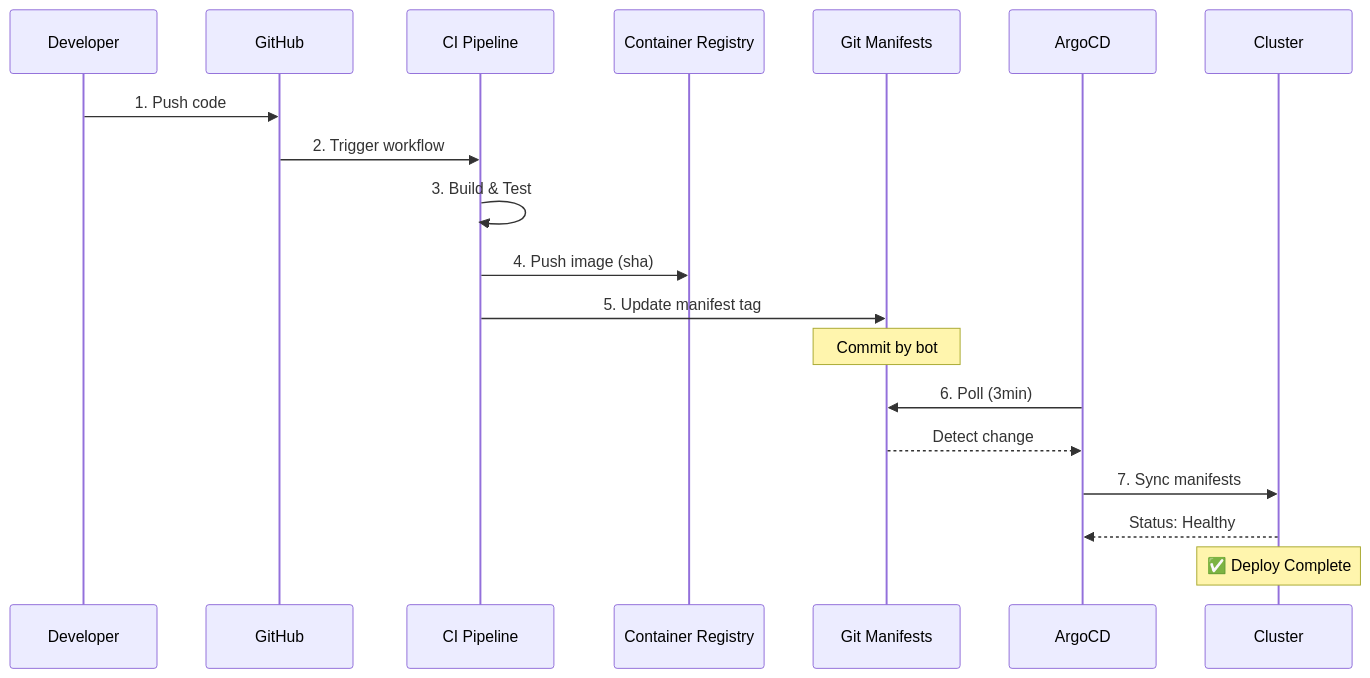
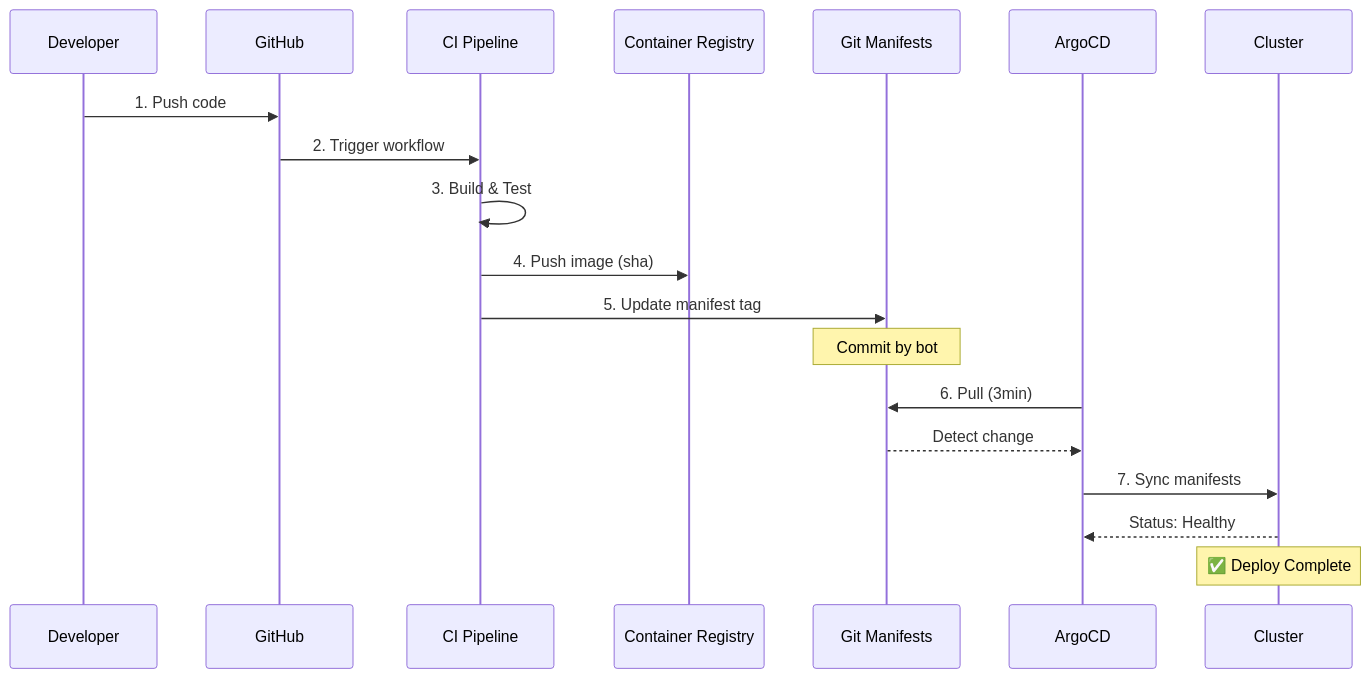
Before and after one commit to DiegoMeloDevOps/fiap-dclt-aula04: the third of 4 diagrams in VIDEO-4.2-PASSO-A-PASSO.md, drawn with Mermaid. The commit also changed other lines of this file, not shown here.

Commit message:
feat: adicionar passos completos para criar arquivos GitHub Actions (Linux/macOS/Windows)

````diff
--- a/VIDEO-4.2-PASSO-A-PASSO.md
+++ b/VIDEO-4.2-PASSO-A-PASSO.md
@@ -409,24 +888,24 @@
 ```mermaid
 sequenceDiagram
     participant Dev as Developer
     participant GH as GitHub
     participant CI as CI Pipeline
     participant ECR as Container Registry
     participant Git as Git Manifests
     participant Argo as ArgoCD
     participant K8s as Cluster
     
     Dev->>GH: 1. Push code
     GH->>CI: 2. Trigger workflow
     CI->>CI: 3. Build & Test
     CI->>ECR: 4. Push image (sha)
     CI->>Git: 5. Update manifest tag
     Note over Git: Commit by bot
     
-    Argo->>Git: 6. Poll (3min)
+    Argo->>Git: 6. Pull (3min)
     Git-->>Argo: Detect change
     Argo->>K8s: 7. Sync manifests
     K8s-->>Argo: Status: Healthy
     
     Note over K8s: ✅ Deploy Complete
 ```
````
